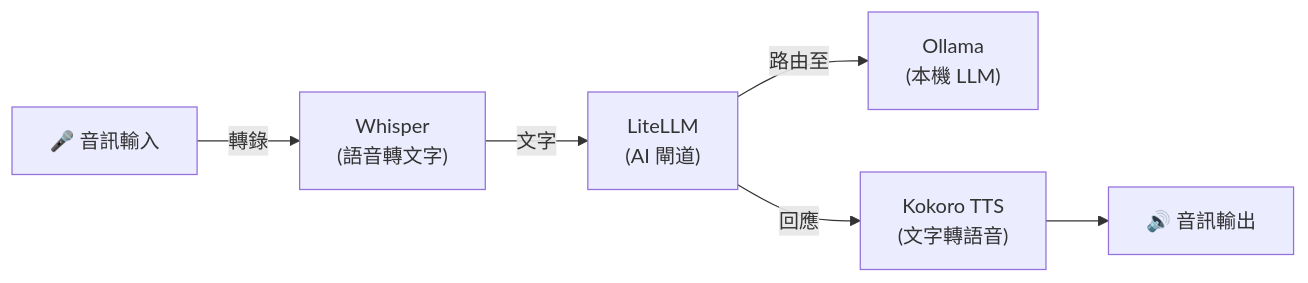
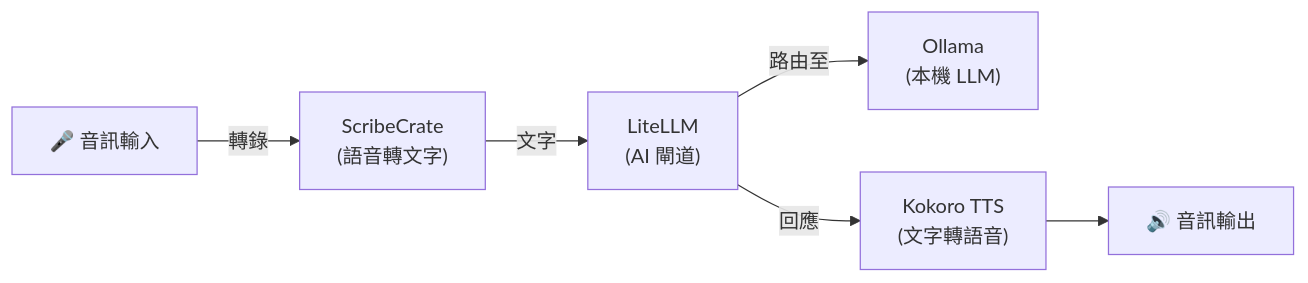
The diagram in stacks/voice-pipeline/README-zh-Hant.md (hwdsl2/self-hosted-ai-stack), drawn with Mermaid before and after one commit. The commit also changed other lines of this file and 19 other files, not shown here.

````diff
--- a/stacks/voice-pipeline/README-zh-Hant.md
+++ b/stacks/voice-pipeline/README-zh-Hant.md
@@ -17,8 +17,8 @@
 ```mermaid
 graph LR
-    A["🎤 音訊輸入"] -->|轉錄| W["Whisper<br/>(語音轉文字)"]
+    A["🎤 音訊輸入"] -->|轉錄| W["ScribeCrate<br/>(語音轉文字)"]
     W -->|文字| L["LiteLLM<br/>(AI 閘道)"]
     L -->|路由至| O["Ollama<br/>(本機 LLM)"]
     L -->|回應| T["Kokoro TTS<br/>(文字轉語音)"]
     T --> B["🔊 音訊輸出"]
 ```
````
